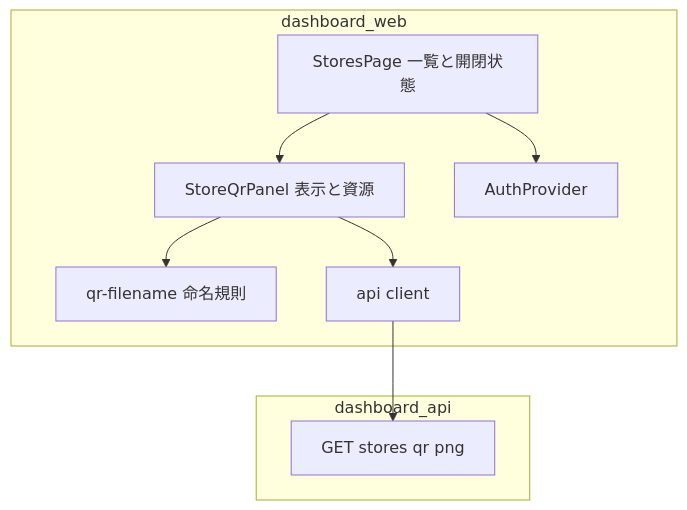
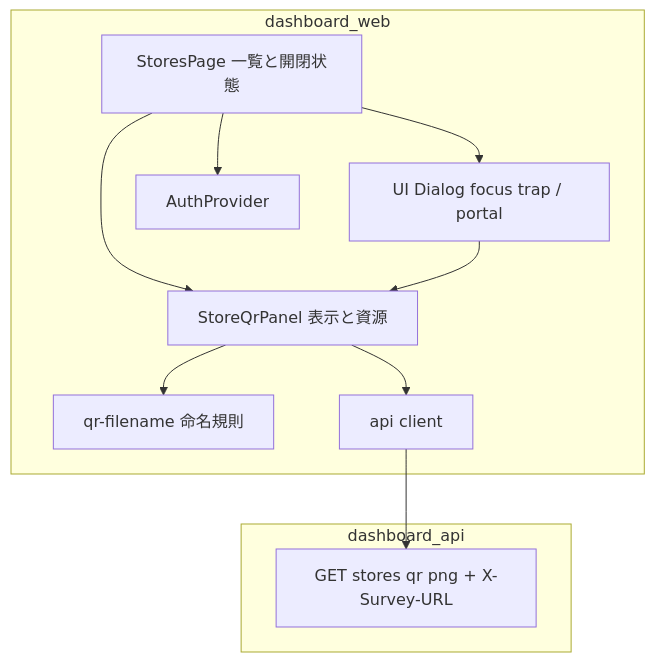
Before and after one commit to ManatoYamashita/fw-line-meo: the first of 3 diagrams in .kiro/specs/store-qr-issuance-ui/design.md, drawn with Mermaid. The commit also changed other lines of this file and 25 other files, not shown here.

````diff
--- a/.kiro/specs/store-qr-issuance-ui/design.md
+++ b/.kiro/specs/store-qr-issuance-ui/design.md
@@ -75,18 +80,21 @@
 ```mermaid
 graph TB
     subgraph dashboard_web
         StoresPage[StoresPage 一覧と開閉状態]
+        Dialog[UI Dialog focus trap / portal]
         QrPanel[StoreQrPanel 表示と資源]
         QrFilename[qr-filename 命名規則]
         ApiClient[api client]
         AuthCtx[AuthProvider]
     end
     subgraph dashboard_api
-        QrEndpoint[GET stores qr png]
+        QrEndpoint[GET stores qr png + X-Survey-URL]
     end
     StoresPage --> QrPanel
+    StoresPage --> Dialog
+    Dialog --> QrPanel
     QrPanel --> ApiClient
     QrPanel --> QrFilename
     StoresPage --> AuthCtx
     ApiClient --> QrEndpoint
 ```
````
